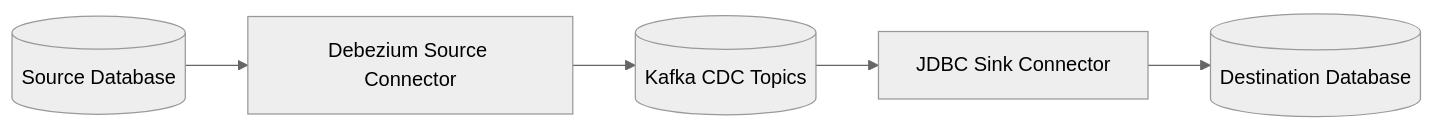
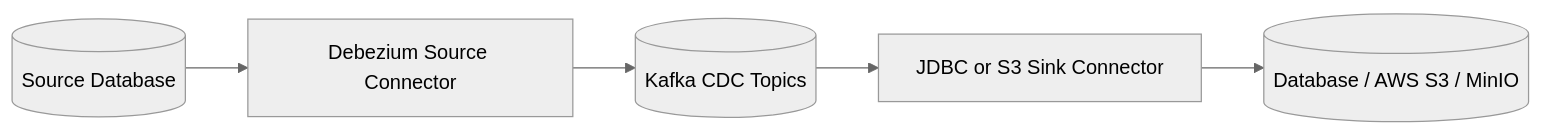
Before and after one commit to cluedata/cluecdc: the second of 2 diagrams in docs/index.md, drawn with Mermaid (neutral theme). The commit also changed other lines of this file and 66 other files, not shown here.

````diff
--- a/docs/index.md
+++ b/docs/index.md
@@ -35,7 +41,7 @@
 ```mermaid
 flowchart LR
   Source[(Source Database)] --> DBZ[Debezium Source Connector]
   DBZ --> Kafka[(Kafka CDC Topics)]
-  Kafka --> Sink[JDBC Sink Connector]
-  Sink --> Destination[(Destination Database)]
+  Kafka --> Sink[JDBC or S3 Sink Connector]
+  Sink --> Destination[(Database / AWS S3 / MinIO)]
 ```
````
